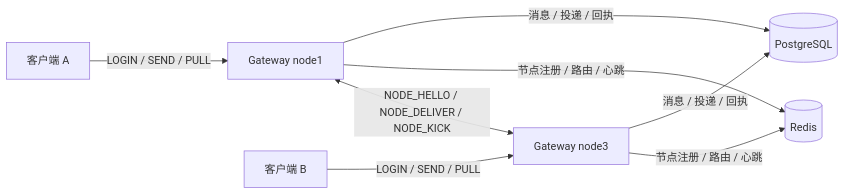
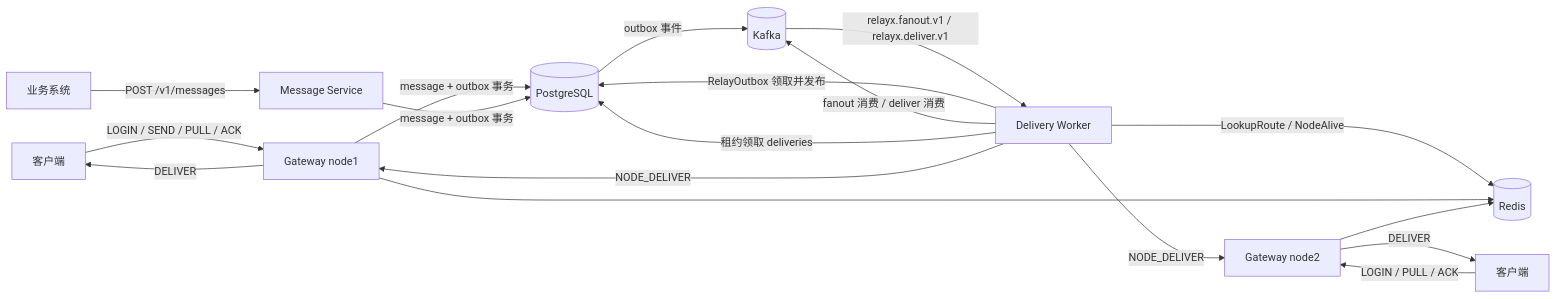
One commit to pickle-theo/RelayX changed the diagram in phase5/docs/architecture.md. Above: the diagram before and after it, drawn with Mermaid. The commit also changed other lines of this file and 6 other files, not shown here.

````diff
--- a/phase5/docs/architecture.md
+++ b/phase5/docs/architecture.md
@@ -14,10 +16,20 @@
 ```mermaid
 flowchart LR
-    C1[客户端 A] -->|LOGIN / SEND / PULL| N1[Gateway node1]
-    C2[客户端 B] -->|LOGIN / SEND / PULL| N3[Gateway node3]
-    N1 <-->|NODE_HELLO / NODE_DELIVER / NODE_KICK| N3
-    N1 -->|节点注册 / 路由 / 心跳| R[(Redis)]
-    N3 -->|节点注册 / 路由 / 心跳| R
-    N1 -->|消息 / 投递 / 回执| P[(PostgreSQL)]
-    N3 -->|消息 / 投递 / 回执| P
+    C[客户端] -->|LOGIN / SEND / PULL / ACK| G1[Gateway node1]
+    C2[客户端] -->|LOGIN / PULL / ACK| G2[Gateway node2]
+    B[业务系统] -->|POST /v1/messages| M[Message Service]
+    G1 -->|message + outbox 事务| P[(PostgreSQL)]
+    M -->|message + outbox 事务| P
+    W[Delivery Worker] -->|RelayOutbox 领取并发布| P
+    W -->|fanout 消费 / deliver 消费| K[(Kafka)]
+    W -->|租约领取 deliveries| P
+    W -->|NODE_DELIVER| G1
+    W -->|NODE_DELIVER| G2
+    W -->|LookupRoute / NodeAlive| R[(Redis)]
+    G1 --> R
+    G2 --> R
+    G1 -->|DELIVER| C
+    G2 -->|DELIVER| C2
+    K -->|relayx.fanout.v1 / relayx.deliver.v1| W
+    P -->|outbox 事件| K
 ```
````
